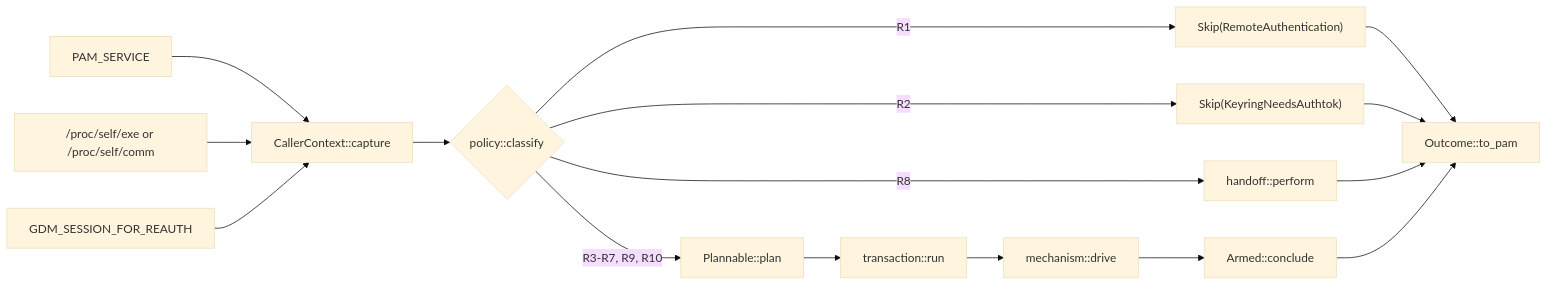
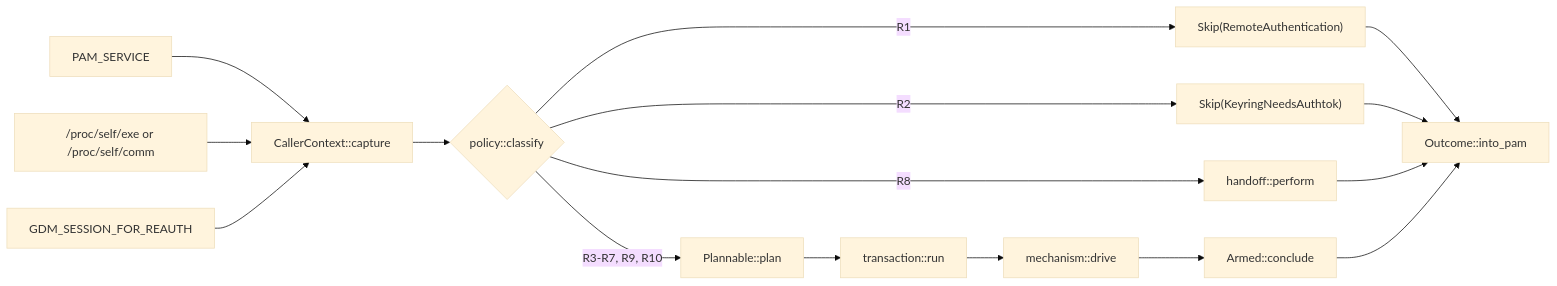
Before and after one commit to Lolle2000la/tapauth: the diagram in docs/design-documents/pam-conversation-policy.md, drawn with Mermaid (base theme). The commit also changed other lines of this file and 3 other files, not shown here.

````diff
--- a/docs/design-documents/pam-conversation-policy.md
+++ b/docs/design-documents/pam-conversation-policy.md
@@ -290,18 +288,18 @@
 ```mermaid
 flowchart LR
   S["PAM_SERVICE"] --> C["CallerContext::capture"]
   P["/proc/self/exe or /proc/self/comm"] --> C
   E["GDM_SESSION_FOR_REAUTH"] --> C
   C --> K{"policy::classify"}
   K -->|R1| SR["Skip(RemoteAuthentication)"]
   K -->|R2| SK["Skip(KeyringNeedsAuthtok)"]
   K -->|R8| H["handoff::perform"]
   K -->|"R3-R7, R9, R10"| T["Plannable::plan"]
   T --> X["transaction::run"]
   X --> M["mechanism::drive"]
   M --> A["Armed::conclude"]
-  SR --> O["Outcome::to_pam"]
+  SR --> O["Outcome::into_pam"]
   SK --> O
   H --> O
   A --> O
 ```
````
